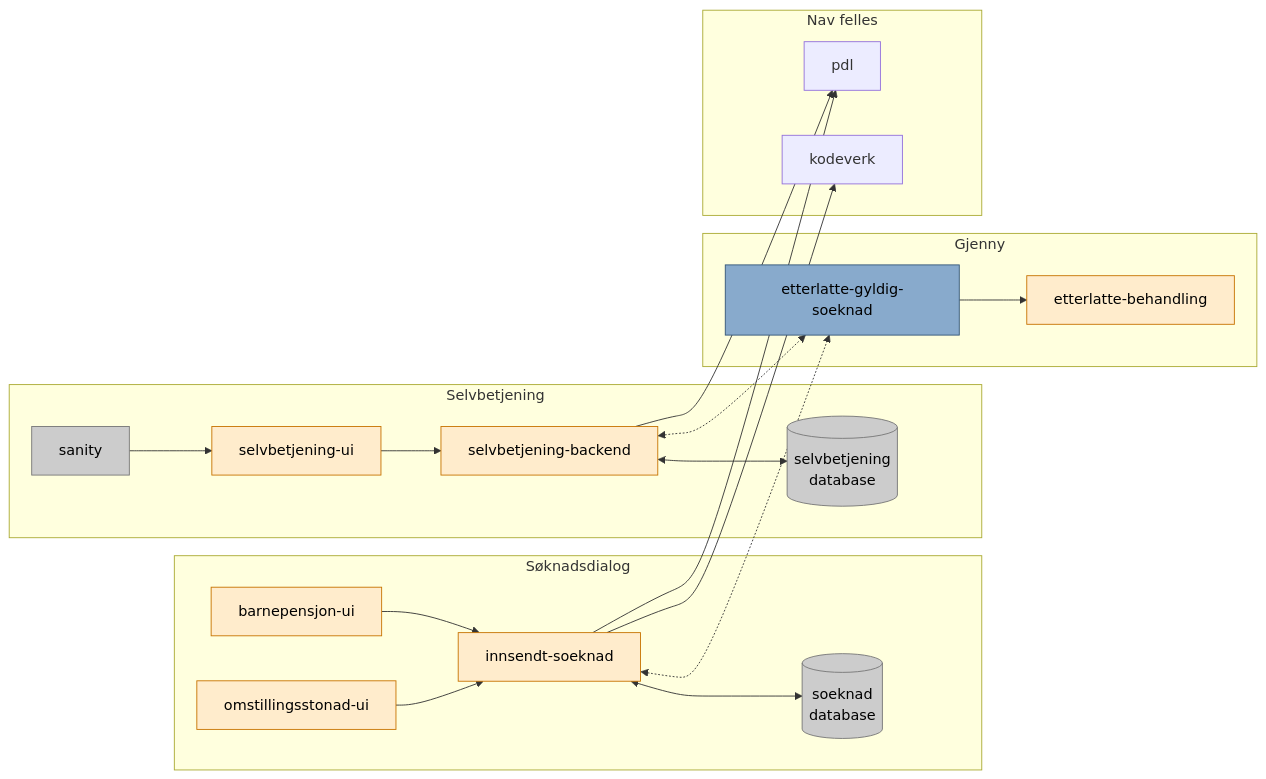
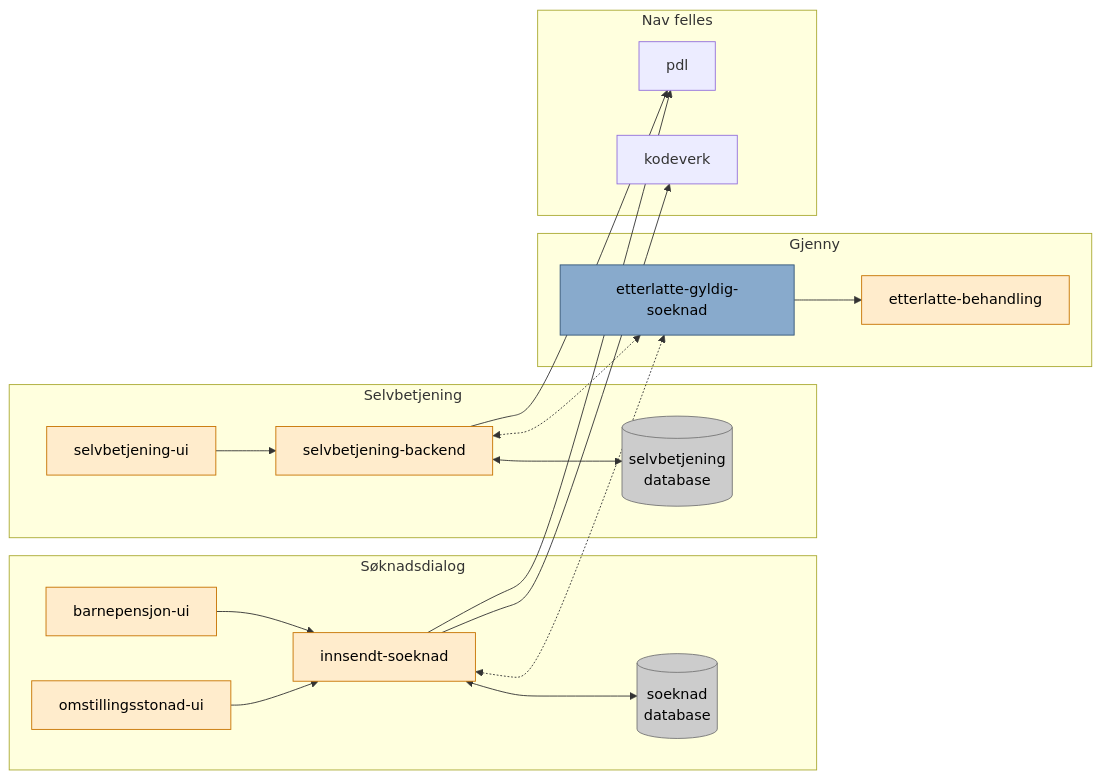
One commit to navikt/pensjon-etterlatte changed the diagram in README.md. Above: the diagram before and after it, drawn with Mermaid.

````diff
--- a/README.md
+++ b/README.md
@@ -29,48 +29,46 @@
 ```mermaid
 flowchart LR
 
 classDef app fill:#ffeccc,color:#000,stroke:#c77300
 classDef river fill:#88AACC,color:#000,stroke:#335577
 classDef db fill:#ccc,color:#000,stroke:#777
 classDef text fill:none,color:#ddd
 
 barnepensjon-ui --> innsendt-soeknad
 omstillingsstonad-ui --> innsendt-soeknad
 selvbetjening-ui --> selvbetjening-backend
-sanity --> selvbetjening-ui
 
 selvbetjening-backend --> pdl
 selvbetjening-backend <--> selvbetjening-backend-v2[(selvbetjening <br/> database)]
 selvbetjening-backend <-.-> etterlatte-gyldig-soeknad
 
 innsendt-soeknad <-.-> etterlatte-gyldig-soeknad
 etterlatte-gyldig-soeknad --> etterlatte-behandling
 
 innsendt-soeknad --> pdl
 innsendt-soeknad --> kodeverk
 innsendt-soeknad <--> innsendt-soeknad-v2[(soeknad <br/> database)]
 
 subgraph frontend["Søknadsdialog"]
     barnepensjon-ui:::app
     omstillingsstonad-ui:::app
     innsendt-soeknad:::app
     innsendt-soeknad-v2:::db
 end
 
 subgraph selvbetjening["Selvbetjening"]
     selvbetjening-ui:::app
     selvbetjening-backend:::app
     selvbetjening-backend-v2:::db
-    sanity:::db
 end
 
 subgraph gjenny["Gjenny"]
     etterlatte-gyldig-soeknad:::river
     etterlatte-behandling:::app
 end
 
 subgraph ekstern["Nav felles"]
     kodeverk
     pdl
 end
 ```
````
